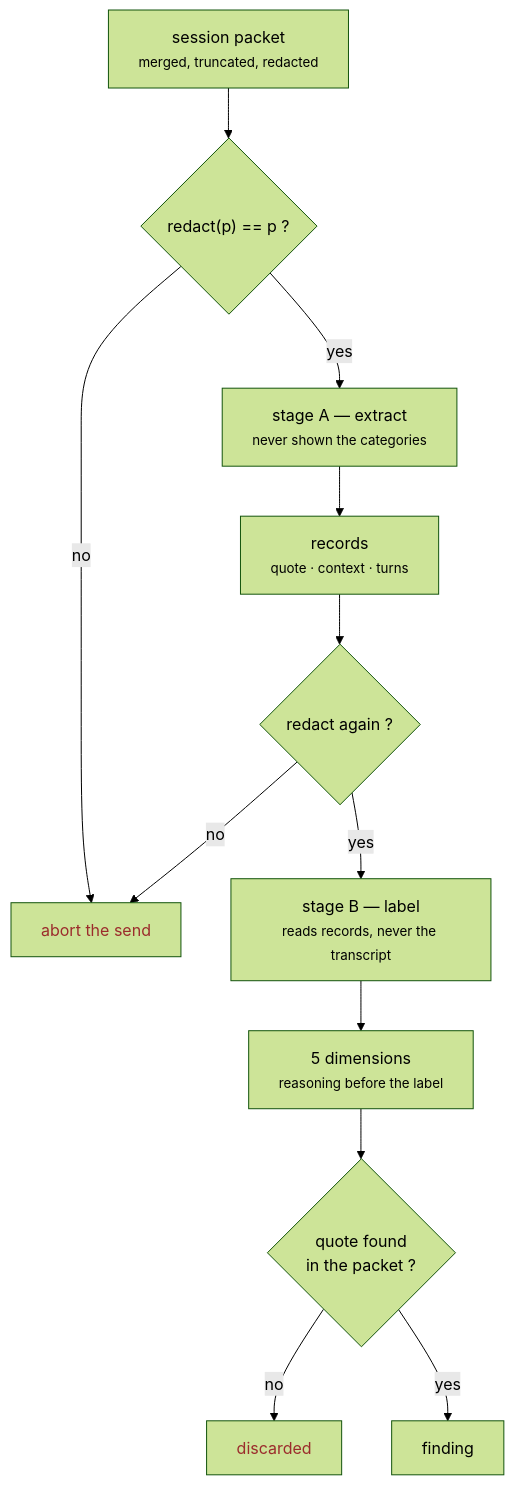
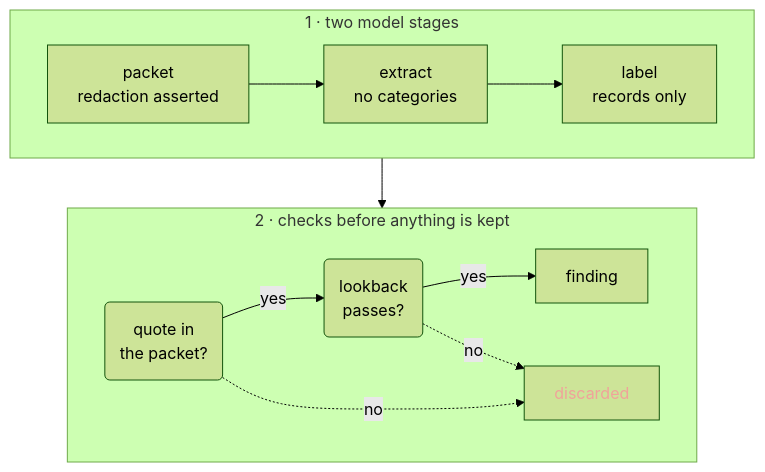
The diagram in site/src/diagrams/judge-stages.mmd (vibesenpai/vibesenpai), drawn with Mermaid (forest theme) before and after one commit. The commit also changed 54 other files, not shown here.

```diff
--- a/site/src/diagrams/judge-stages.mmd
+++ b/site/src/diagrams/judge-stages.mmd
@@ -1,24 +1,14 @@
-flowchart TD
-  P["session packet<br/><small>merged, truncated, redacted</small>"]
-
-  G1{"redact(p) == p ?"}
-  P --> G1
-  G1 -- no --> ABORT["abort the send"]
-  G1 -- yes --> A
-
-  A["stage A — extract<br/><small>never shown the categories</small>"]
-  A --> REC["records<br/><small>quote · context · turns</small>"]
-
-  REC --> G2{"redact again ?"}
-  G2 -- no --> ABORT
-  G2 -- yes --> B
-
-  B["stage B — label<br/><small>reads records, never the transcript</small>"]
-  B --> OUT["5 dimensions<br/><small>reasoning before the label</small>"]
-
-  OUT --> ANCHOR{"quote found<br/>in the packet ?"}
-  ANCHOR -- no --> DROP["discarded"]
-  ANCHOR -- yes --> KEEP["finding"]
-
-  classDef bad color:#9b2c2c
-  class ABORT,DROP bad
+flowchart TB
+  subgraph stages ["1 · two model stages"]
+    direction LR
+    P["packet<br/>redaction asserted"] --> A["extract<br/>no categories"] --> B["label<br/>records only"]
+  end
+  subgraph checks ["2 · checks before anything is kept"]
+    direction LR
+    Q("quote in<br/>the packet?") -- yes --> L("lookback<br/>passes?") -- yes --> K["finding"]
+    Q -. no .-> D["discarded"]
+    L -. no .-> D
+  end
+  stages --> checks
+  classDef bad color:#f0a39a
+  class D bad
```
